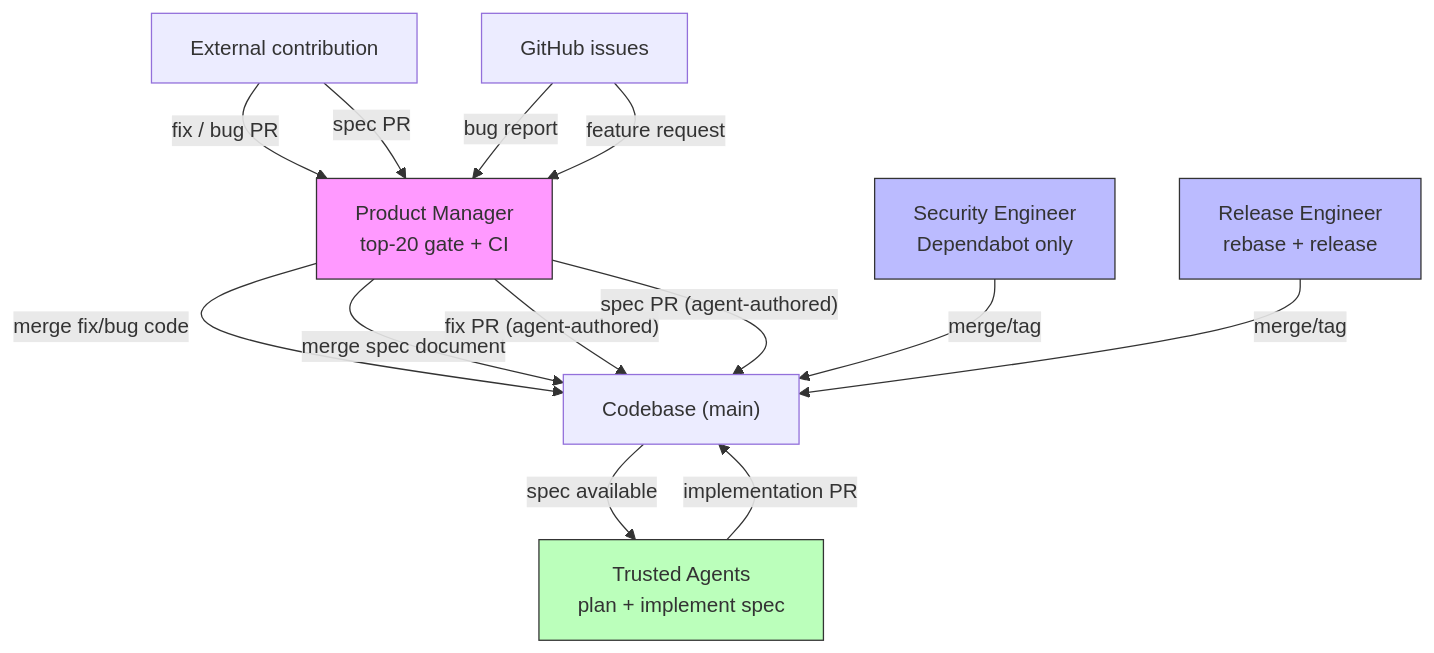
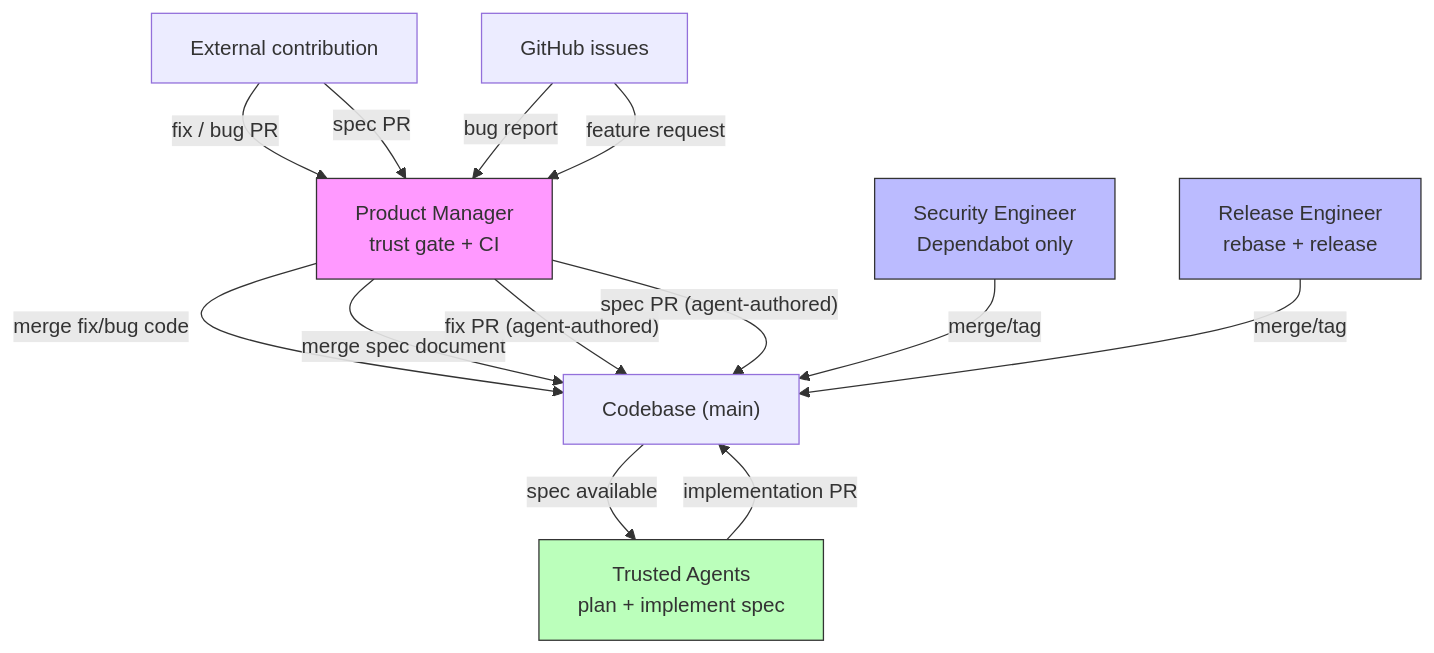
The third of 3 diagrams in CONTINUOUS_IMPROVEMENT.md (forwardimpact/pathway), drawn with Mermaid before and after one commit. The commit also changed other lines of this file and 1 other file, not shown here.

````diff
--- a/CONTINUOUS_IMPROVEMENT.md
+++ b/CONTINUOUS_IMPROVEMENT.md
@@ -152,31 +157,31 @@
 ```mermaid
 graph TD
     EXT["External contribution"]
     ISS["GitHub issues"]
-    PM["Product Manager<br/>top-20 gate + CI"]
+    PM["Product Manager<br/>trust gate + CI"]
     CB["Codebase (main)"]
     SE["Security Engineer<br/>Dependabot only"]
     RE["Release Engineer<br/>rebase + release"]
 
     EXT -- "fix / bug PR" --> PM
     EXT -- "spec PR" --> PM
     PM -- "merge fix/bug code" --> CB
     PM -- "merge spec document" --> CB
 
     ISS -- "bug report" --> PM
     ISS -- "feature request" --> PM
     PM -- "fix PR (agent-authored)" --> CB
     PM -- "spec PR (agent-authored)" --> CB
 
     CB -- "spec available" --> TA
     TA["Trusted Agents<br/>plan + implement spec"]
     TA -- "implementation PR" --> CB
 
     SE -- "merge/tag" --> CB
     RE -- "merge/tag" --> CB
 
     style PM fill:#f9f,stroke:#333
     style TA fill:#bfb,stroke:#333
     style SE fill:#bbf,stroke:#333
     style RE fill:#bbf,stroke:#333
 ```
````
